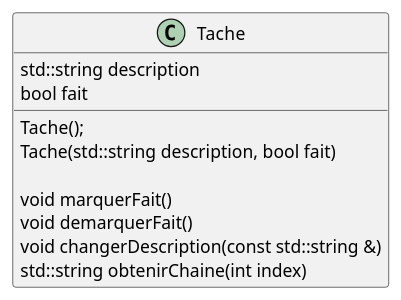
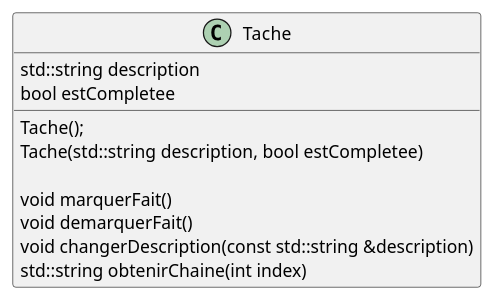
One commit to plbrault/420-SF2-RE changed the third of 6 diagrams in laboratoires/lab02-oop1/consignes/lab02.md. Above: the diagram before and after it, drawn with PlantUML. The commit also changed other lines of this file, not shown here.

Commit message:
Change les fait par estCompletee

````diff
--- a/laboratoires/lab02-oop1/consignes/lab02.md
+++ b/laboratoires/lab02-oop1/consignes/lab02.md
@@ -279,16 +279,16 @@
 ```plantuml
 @startuml
 class Tache {
     std::string description
-    bool fait
+    bool estCompletee
 
     Tache();
-    Tache(std::string description, bool fait)
+    Tache(std::string description, bool estCompletee)
 
     void marquerFait()
     void demarquerFait()
-    void changerDescription(const std::string &)
+    void changerDescription(const std::string &description)
     std::string obtenirChaine(int index)
 }
 @enduml
 ```
````
